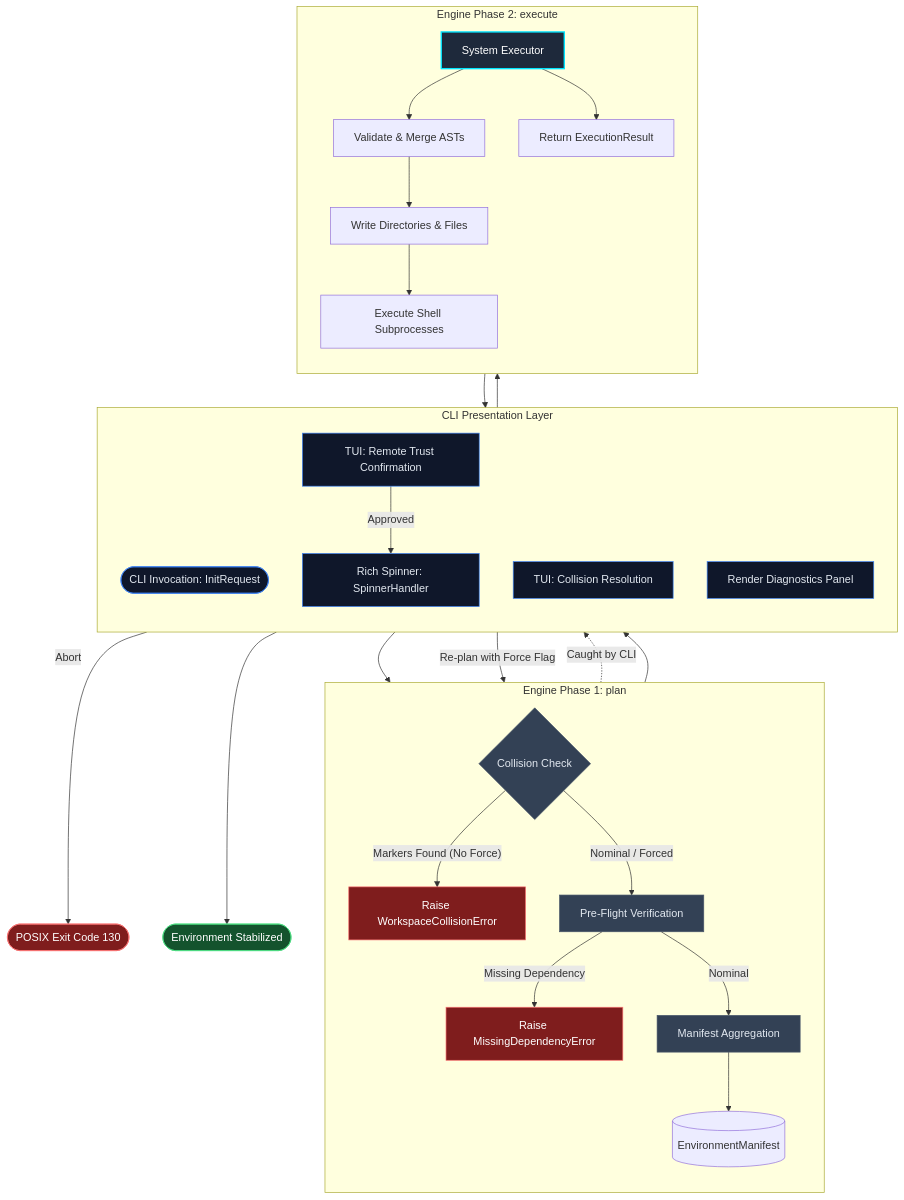
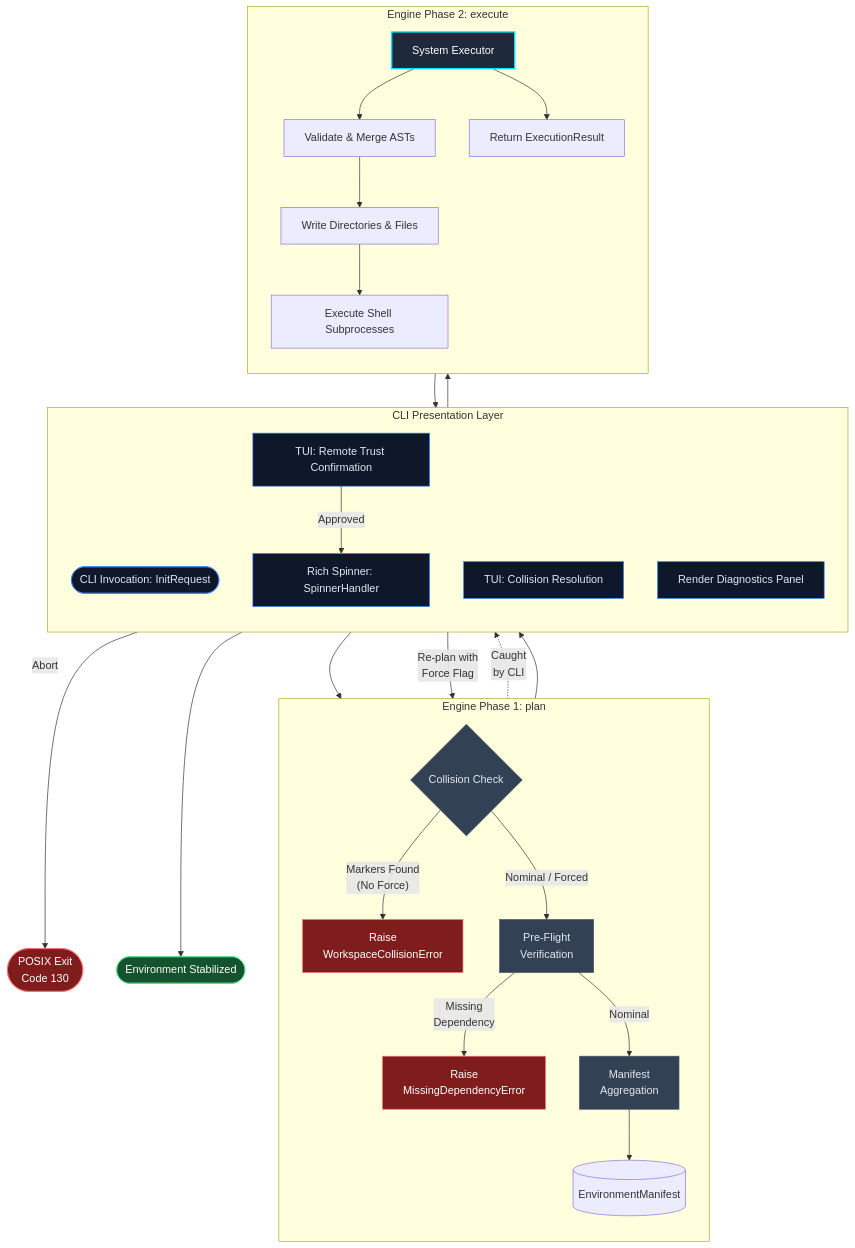
One commit to JacksonFergusonDev/protostar changed the diagram in docs/mechanics/orchestrator.md. Above: the diagram before and after it, drawn with Mermaid. The commit also changed other lines of this file and 17 other files, not shown here.

First line of the commit message:
docs: overhaul documentation styling, frontmatter, and mermaid diagrams (#216)

````diff
--- a/docs/mechanics/orchestrator.md
+++ b/docs/mechanics/orchestrator.md
@@ -31,50 +35,51 @@
 ```mermaid
 flowchart TD
+    %%{init: {'flowchart': {'useMaxWidth': false}}}%%
     %% Styling
     classDef core fill:#1e293b,stroke:#00e5ff,stroke-width:2px,color:#fff;
     classDef phase fill:#334155,stroke:#475569,stroke-width:1px,color:#e2e8f0;
     classDef cli fill:#0f172a,stroke:#3b82f6,stroke-width:1px,color:#e2e8f0;
     classDef error fill:#7f1d1d,stroke:#f87171,stroke-width:1px,color:#fff;
     classDef success fill:#14532d,stroke:#4ade80,stroke-width:1px,color:#fff;
 
     %% Boundary
     subgraph CLILayer [CLI Presentation Layer]
         direction TB
         CLI([CLI Invocation: InitRequest]):::cli
         CPrompt[TUI: Collision Resolution]:::cli
         TPrompt[TUI: Remote Trust Confirmation]:::cli
         Spinner[Rich Spinner: SpinnerHandler]:::cli
         DiagRender[Render Diagnostics Panel]:::cli
     end
 
     subgraph PlanPhase [Engine Phase 1: plan]
         direction TB
         C{Collision Check}:::phase
-        C -- Markers Found (No Force) --> E_Col[Raise WorkspaceCollisionError]:::error
-        C -- Nominal / Forced --> PF[Pre-Flight Verification]:::phase
-        PF -- Missing Dependency --> E_Dep[Raise MissingDependencyError]:::error
-        PF -- Nominal --> Agg[Manifest Aggregation]:::phase
+        C -- "Markers Found<br/>(No Force)" --> E_Col["Raise<br/>WorkspaceCollisionError"]:::error
+        C -- "Nominal / Forced" --> PF["Pre-Flight<br/>Verification"]:::phase
+        PF -- "Missing<br/>Dependency" --> E_Dep["Raise<br/>MissingDependencyError"]:::error
+        PF -- Nominal --> Agg["Manifest<br/>Aggregation"]:::phase
         Agg --> M[(EnvironmentManifest)]
     end
 
     subgraph ExecPhase [Engine Phase 2: execute]
         direction TB
         Exec[System Executor]:::core
         D1[Validate & Merge ASTs]
         D2[Write Directories & Files]
         D3[Execute Shell Subprocesses]
         Exec --> D1 --> D2 --> D3
         Exec --> Res[Return ExecutionResult]
     end
 
     CLI --> PlanPhase
-    E_Col -. Caught by CLI .-> CPrompt
-    CPrompt -- Re-plan with Force Flag --> PlanPhase
-    CPrompt -- Abort --> Exit1([POSIX Exit Code 130]):::error
+    E_Col -. "Caught<br/>by CLI" .-> CPrompt
+    CPrompt -- "Re-plan with<br/>Force Flag" --> PlanPhase
+    CPrompt -- Abort --> Exit1(["POSIX Exit<br/>Code 130"]):::error
 
     M --> TPrompt
     TPrompt -- Approved --> Spinner
     Spinner --> ExecPhase
     Res --> DiagRender
     DiagRender --> End([Environment Stabilized]):::success
 ```
````
